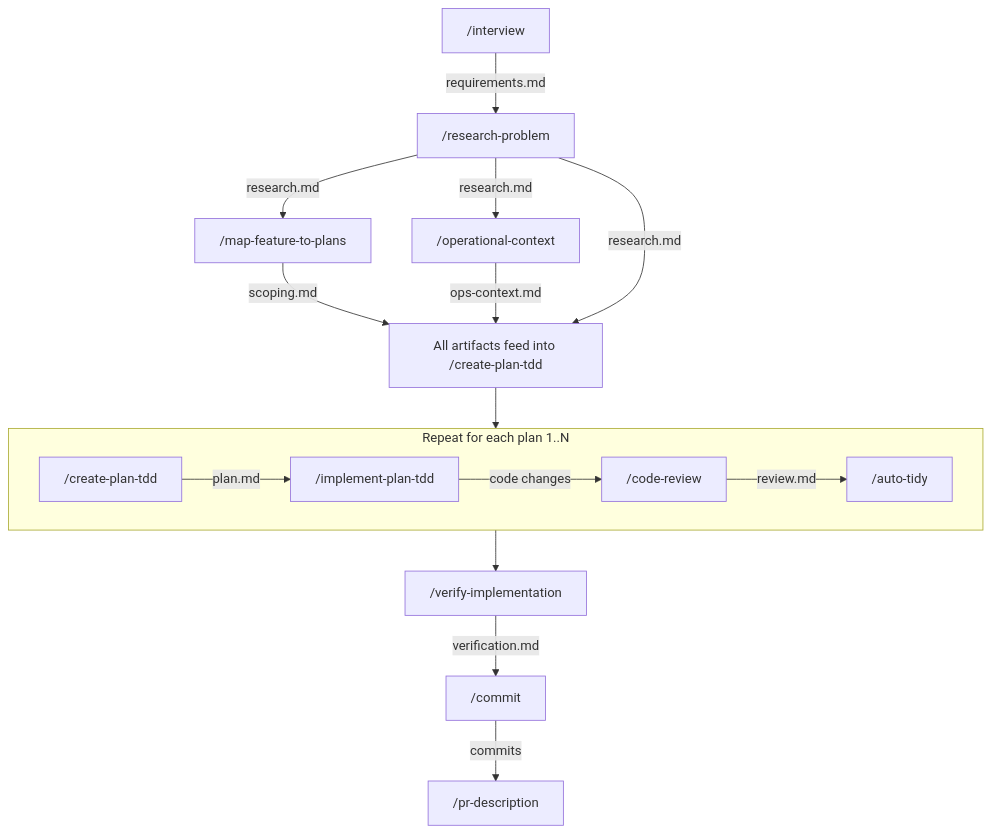
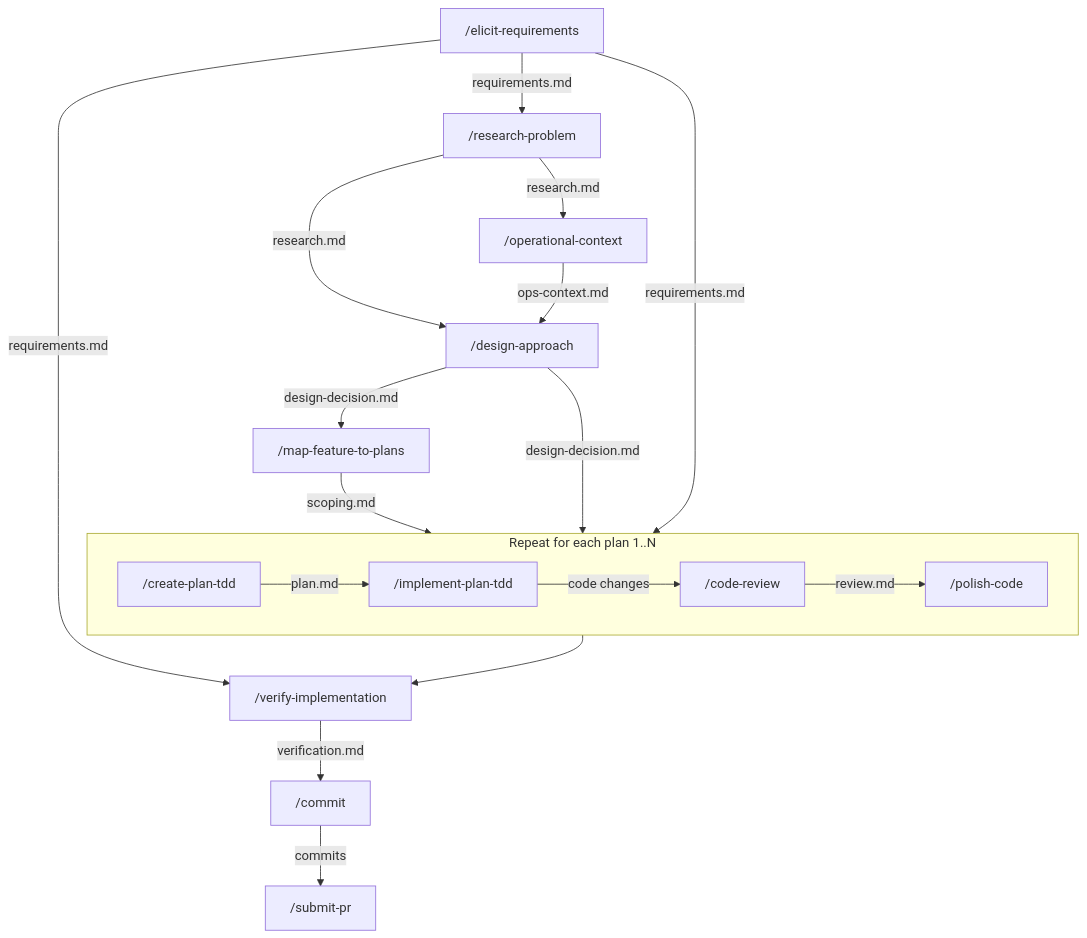
One commit to JonnyCBB/claude-code-config changed the fourth of 4 diagrams in plugins/jbb-feature-dev/README.md. Above: the diagram before and after it, drawn with Mermaid. The commit also changed other lines of this file and 418 other files, not shown here.

````diff
--- a/plugins/jbb-feature-dev/README.md
+++ b/plugins/jbb-feature-dev/README.md
@@ -47,22 +93,23 @@
 ```mermaid
 flowchart TD
-    A["/interview"] -->|requirements.md| B["/research-problem"]
-    B -->|research.md| C["/map-feature-to-plans"]
+    A["/elicit-requirements"] -->|requirements.md| B["/research-problem"]
     B -->|research.md| E["/operational-context"]
-    C -->|scoping.md| F["All artifacts feed into /create-plan-tdd"]
-    E -->|ops-context.md| F
-    B -->|research.md| F
-
-    F --> G
+    B -->|research.md| D["/design-approach"]
+    E -->|ops-context.md| D
+    D -->|design-decision.md| C["/map-feature-to-plans"]
+    C -->|scoping.md| G
+    D -->|design-decision.md| G
+    A -->|requirements.md| G
 
     subgraph G ["Repeat for each plan 1..N"]
         direction LR
         G1["/create-plan-tdd"] -->|plan.md| G2["/implement-plan-tdd"]
         G2 -->|code changes| G3["/code-review"]
-        G3 -->|review.md| G4["/auto-tidy"]
+        G3 -->|review.md| G4["/polish-code"]
     end
 
+    A -->|requirements.md| H
     G --> H["/verify-implementation"]
     H -->|verification.md| I["/commit"]
-    I -->|commits| J["/pr-description"]
+    I -->|commits| J["/submit-pr"]
 ```
````
